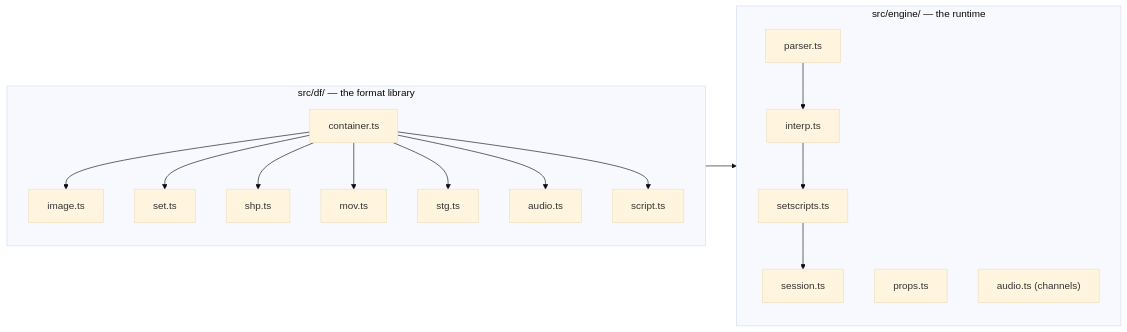
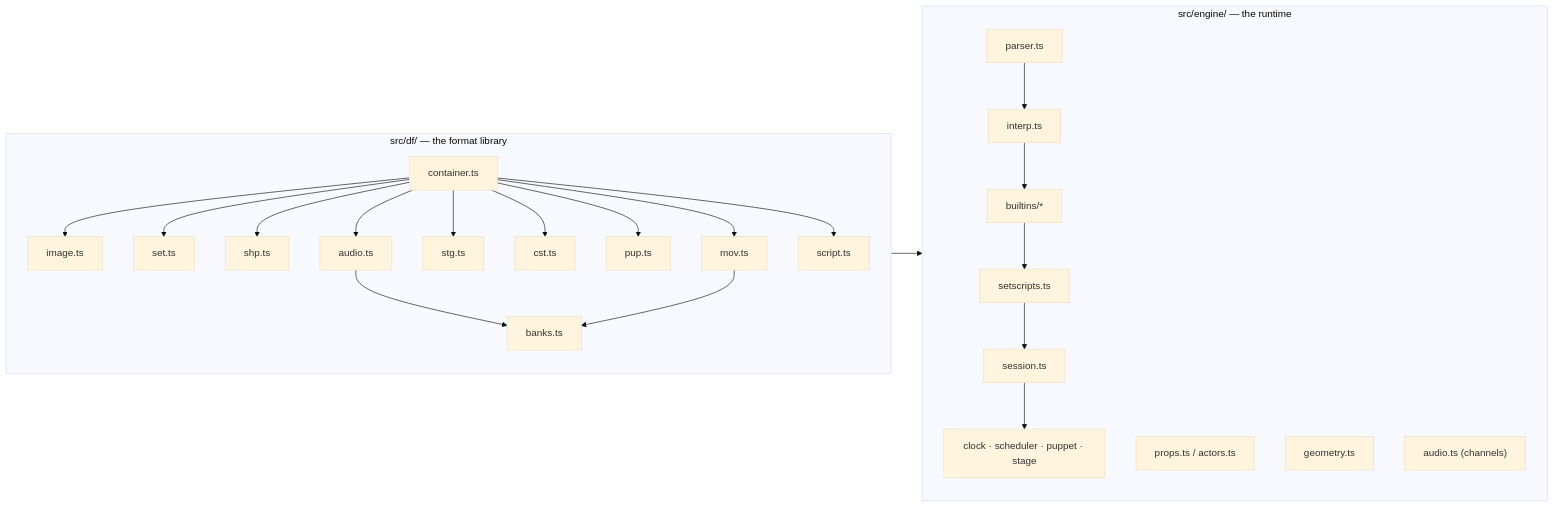
One commit to dhobi/dreamrefactory changed the first of 2 diagrams in docs/02-engine-architecture.md. Above: the diagram before and after it, drawn with Mermaid (base theme). The commit also changed other lines of this file, not shown here.

First line of the commit message:
docs: sync engine-architecture with post-refactor module layout

````diff
--- a/docs/02-engine-architecture.md
+++ b/docs/02-engine-architecture.md
@@ -14,22 +14,29 @@
 ```mermaid
 flowchart LR
   subgraph df["src/df/ — the format library"]
     direction TB
     C["container.ts"] --> IMG["image.ts"]
     C --> SET["set.ts"]
     C --> SHP["shp.ts"]
     C --> MOV["mov.ts"]
     C --> STG["stg.ts"]
+    C --> CST["cst.ts"]
+    C --> PUP["pup.ts"]
     C --> AUD["audio.ts"]
     C --> SCR["script.ts"]
+    AUD --> BK["banks.ts"]
+    MOV --> BK
   end
   subgraph engine["src/engine/ — the runtime"]
     direction TB
     P["parser.ts"] --> I["interp.ts"]
-    I --> SS["setscripts.ts"]
+    I --> BI["builtins/*"]
+    BI --> SS["setscripts.ts"]
     SS --> SESS["session.ts"]
-    PR["props.ts"]
+    SESS --> SUB["clock · scheduler · puppet · stage"]
+    PR["props.ts / actors.ts"]
+    GEO["geometry.ts"]
     EA["audio.ts (channels)"]
   end
   df --> engine
 ```
````
